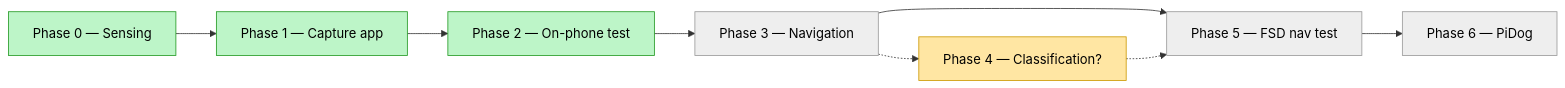
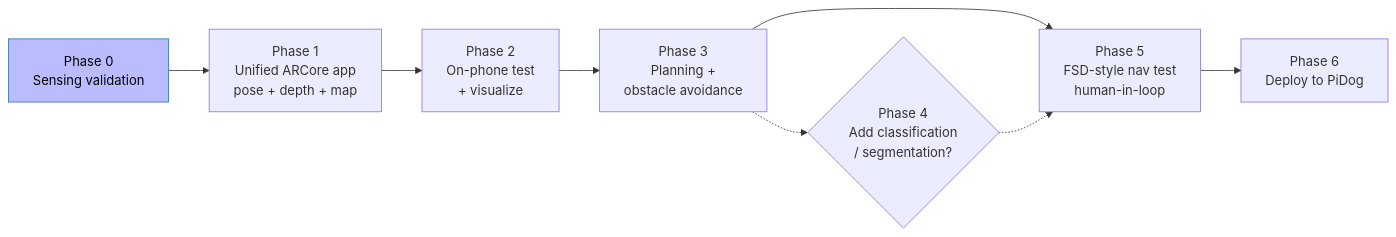
The second of 2 diagrams in PROJECT_PLAN.md (alexbhandari/pidog-public), drawn with Mermaid before and after one commit. The commit also changed other lines of this file and 1 other file, not shown here.

Commit message:
sync plan + phase docs (2026-06-20)

````diff
--- a/PROJECT_PLAN.md
+++ b/PROJECT_PLAN.md
@@ -86,16 +83,11 @@
 ```mermaid
 flowchart LR
-    P0["Phase 0 — Sensing"] --> P1["Phase 1 — Capture app"]
-    P1 --> P2["Phase 2 — On-phone test"]
-    P2 --> P3["Phase 3 — Navigation"]
-    P3 --> P5["Phase 5 — FSD nav test"]
-    P5 --> P6["Phase 6 — PiDog"]
-    P3 -.-> P4["Phase 4 — Classification?"]
+    P0["Phase 0<br/>Sensing validation"]:::done --> P1["Phase 1<br/>Unified ARCore app<br/>pose + depth + map"]
+    P1 --> P2["Phase 2<br/>On-phone test<br/>+ visualize"]
+    P2 --> P3["Phase 3<br/>Planning +<br/>obstacle avoidance"]
+    P3 --> P5["Phase 5<br/>FSD-style nav test<br/>human-in-loop"]
+    P5 --> P6["Phase 6<br/>Deploy to PiDog"]
+    P3 -.-> P4{"Phase 4<br/>Add classification<br/>/ segmentation?"}
     P4 -.-> P5
-    classDef done fill:#bdf5c8,stroke:#229922,color:#000;
-    classDef todo fill:#eeeeee,stroke:#999999,color:#000;
-    classDef decision fill:#ffe6a3,stroke:#cc9900,color:#000;
-    class P0,P1,P2 done;
-    class P3,P5,P6 todo;
-    class P4 decision;
+    classDef done fill:#bbf,stroke:#27a,color:#000;
 ```
````
